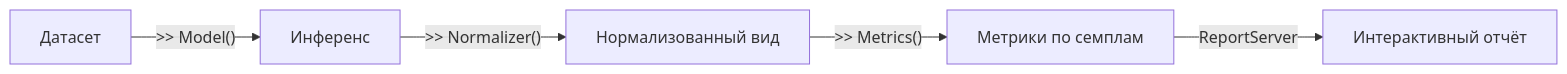
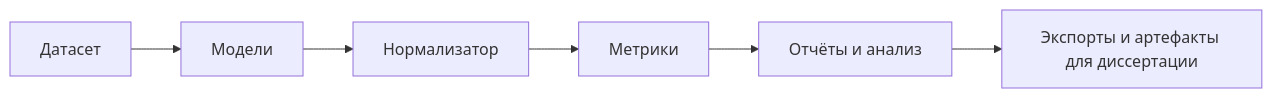
Before and after one commit to akatsnelson/plantain2asr: the diagram in docs/index.ru.md, drawn with Mermaid. The commit also changed other lines of this file and 75 other files, not shown here.

````diff
--- a/docs/index.ru.md
+++ b/docs/index.ru.md
@@ -24,7 +80,8 @@
 ```mermaid
 graph LR
-    A[Датасет] -->|">> Model()"| B[Инференс]
-    B -->|">> Normalizer()"| C[Нормализованный вид]
-    C -->|">> Metrics()"| D[Метрики по семплам]
-    D -->|"ReportServer"| E[Интерактивный отчёт]
+    A[Датасет] --> B[Модели]
+    B --> C[Нормализатор]
+    C --> D[Метрики]
+    D --> E[Отчёты и анализ]
+    E --> F[Экспорты и артефакты для диссертации]
 ```
````
